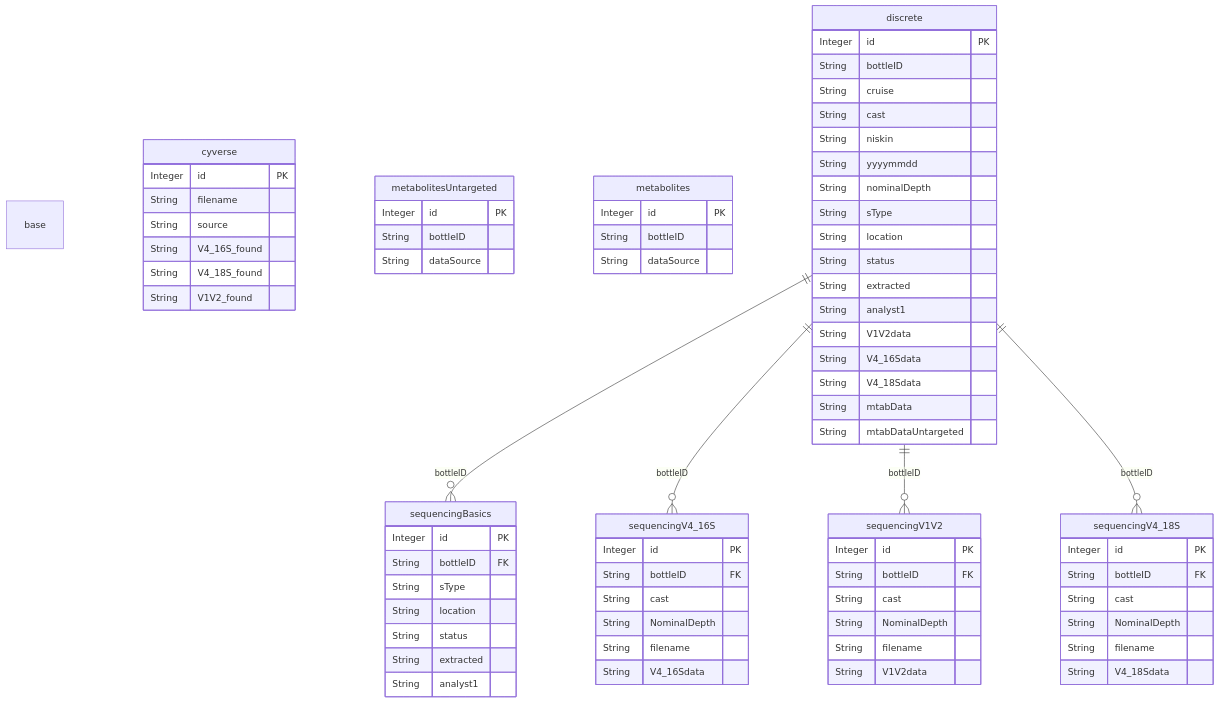
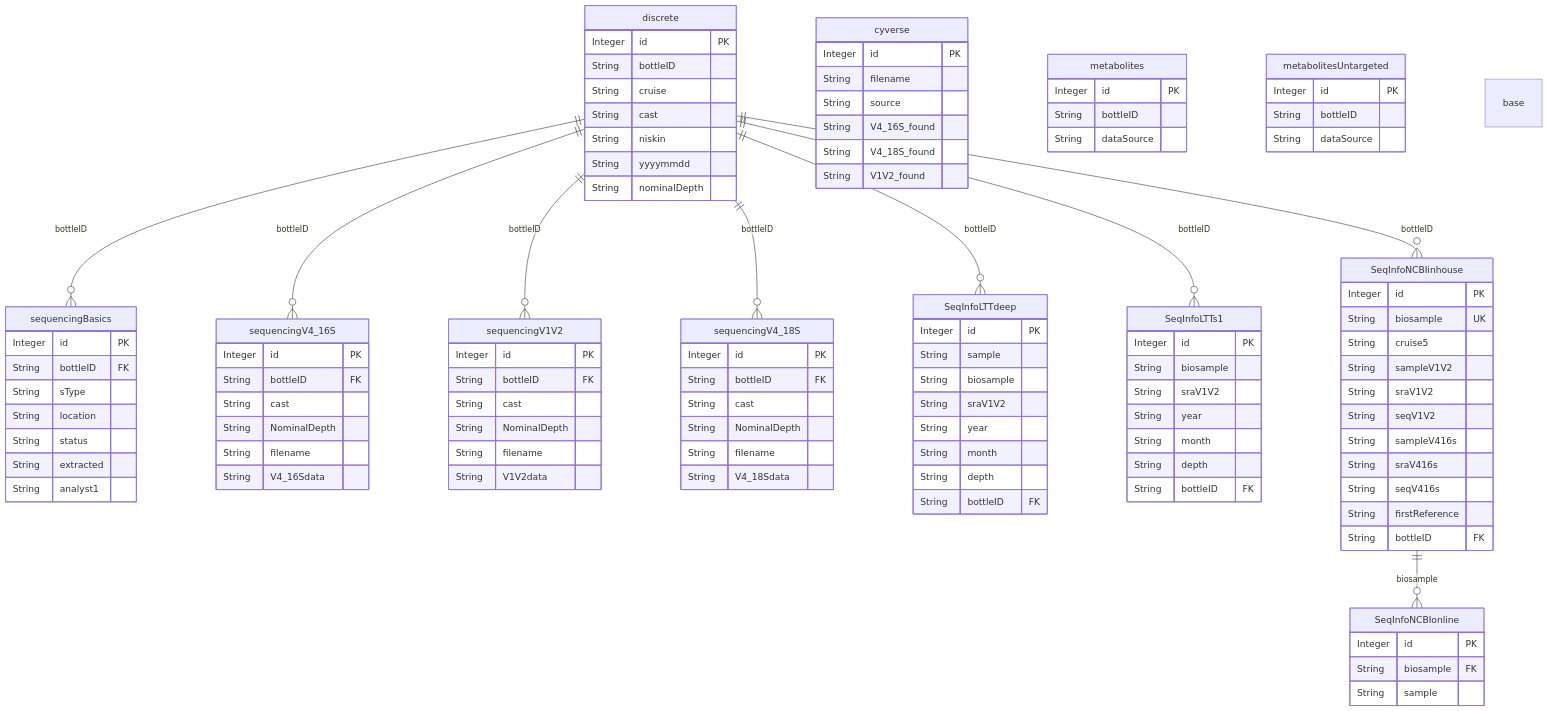
The diagram in schema.md (BIOS-SCOPE/SargassoDB), drawn with Mermaid before and after one commit. The commit also changed 5 other files, not shown here.

Commit message:
update ERD

````diff
--- a/schema.md
+++ b/schema.md
@@ -1,6 +1,33 @@
 ```mermaid 
 
 erDiagram
+    discrete {
+        Integer id PK
+        String bottleID
+        String cruise
+        String cast
+        String niskin
+        String yyyymmdd
+        String nominalDepth
+    }
+    cyverse {
+        Integer id PK
+        String filename
+        String source
+        String V4_16S_found
+        String V4_18S_found
+        String V1V2_found
+    }
+    metabolites {
+        Integer id PK
+        String bottleID
+        String dataSource
+    }
+    metabolitesUntargeted {
+        Integer id PK
+        String bottleID
+        String dataSource
+    }
     sequencingBasics {
         Integer id PK
         String bottleID FK
@@ -34,48 +61,53 @@
         String filename
         String V4_18Sdata
     }
+    SeqInfoLTTdeep {
+        Integer id PK
+        String sample
+        String biosample
+        String sraV1V2
+        String year
+        String month
+        String depth
+        String bottleID FK
+    }
+    SeqInfoLTTs1 {
+        Integer id PK
+        String biosample
+        String sraV1V2
+        String year
+        String month
+        String depth
+        String bottleID FK
+    }
+    SeqInfoNCBIinhouse {
+        Integer id PK
+        String biosample UK
+        String cruise5
+        String sampleV1V2
+        String sraV1V2
+        String seqV1V2
+        String sampleV416s
+        String sraV416s
+        String seqV416s
+        String firstReference
+        String bottleID FK
+    }
+    SeqInfoNCBIonline {
+        Integer id PK
+        String biosample FK
+        String sample
+    }
     base {
-    }
-    cyverse {
-        Integer id PK
-        String filename
-        String source
-        String V4_16S_found
-        String V4_18S_found
-        String V1V2_found
-    }
-    metabolitesUntargeted {
-        Integer id PK
-        String bottleID
-        String dataSource
-    }
-    metabolites {
-        Integer id PK
-        String bottleID
-        String dataSource
-    }
-    discrete {
-        Integer id PK
-        String bottleID
-        String cruise
-        String cast
-        String niskin
-        String yyyymmdd
-        String nominalDepth
-        String sType
-        String location
-        String status
-        String extracted
-        String analyst1
-        String V1V2data
-        String V4_16Sdata
-        String V4_18Sdata
-        String mtabData
-        String mtabDataUntargeted
     }
     discrete ||--o{ sequencingBasics : "bottleID"
     discrete ||--o{ sequencingV4_16S : "bottleID"
     discrete ||--o{ sequencingV1V2 : "bottleID"
     discrete ||--o{ sequencingV4_18S : "bottleID"
+    discrete ||--o{ SeqInfoNCBIinhouse : "bottleID"
+    SeqInfoNCBIinhouse ||--o{ SeqInfoNCBIonline : "biosample"
+    discrete ||--o{ SeqInfoLTTs1 : "bottleID"
+    discrete ||--o{ SeqInfoLTTdeep : "bottleID"
+
 
 ```
````
